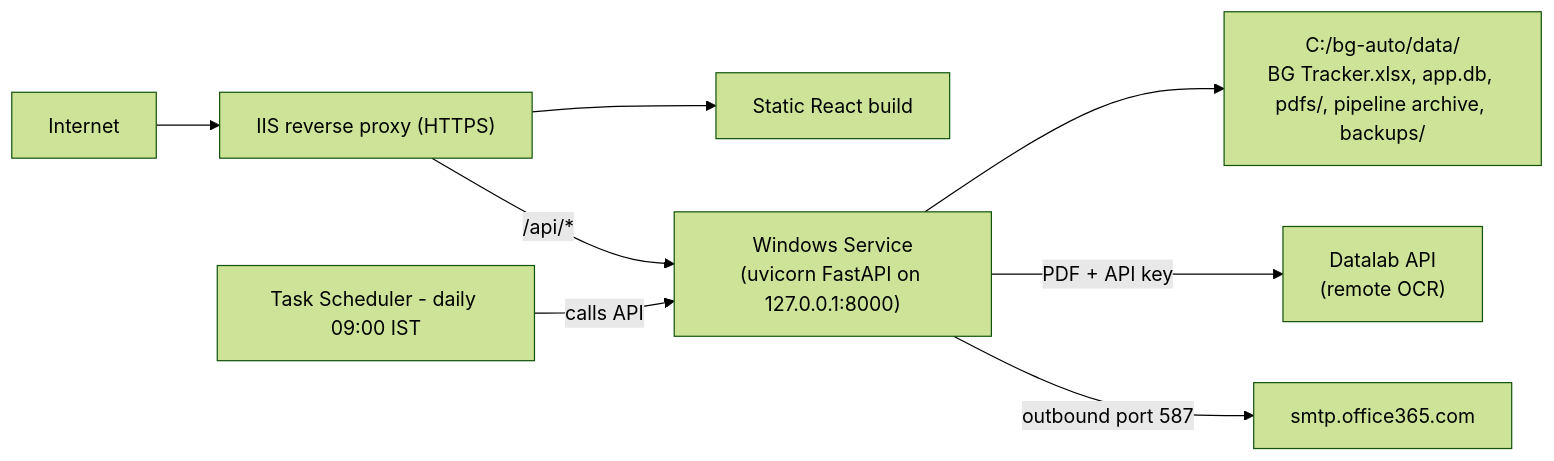
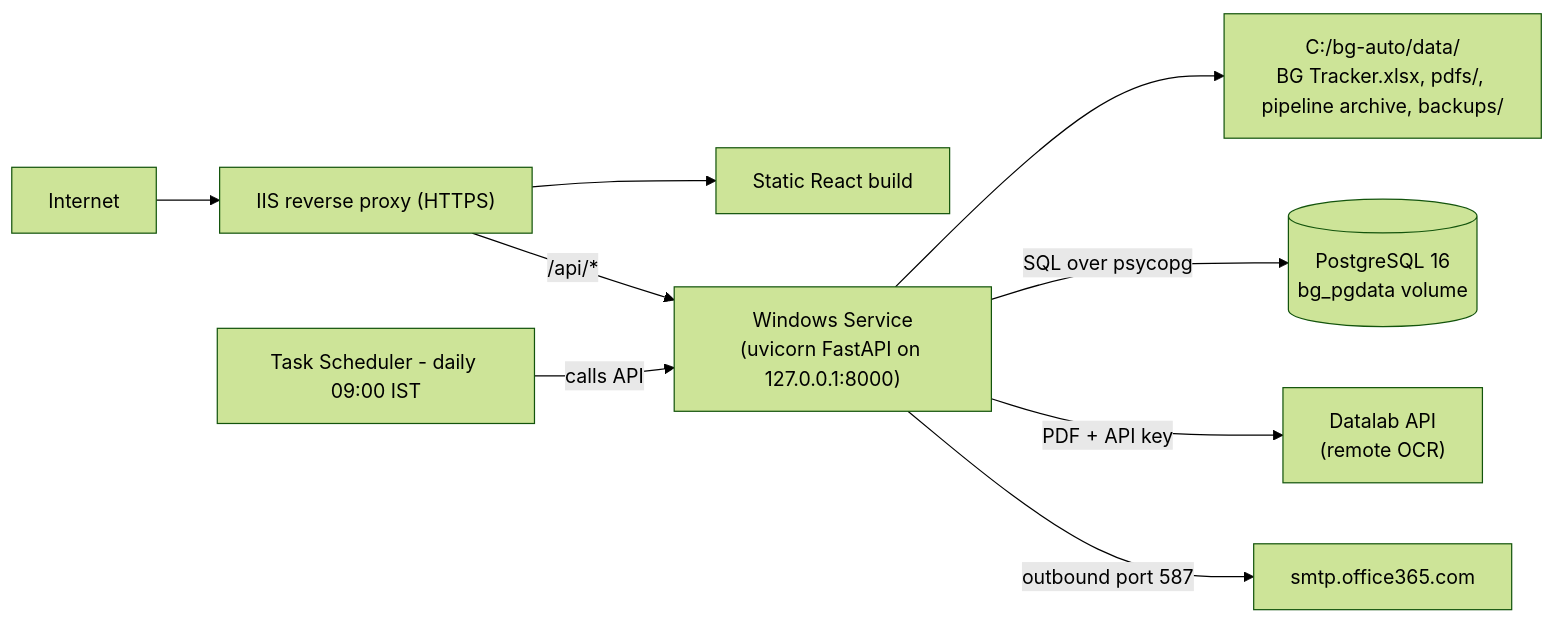
Before and after one commit to LaxmiKhilnani-nhit/Bank-Guarantee-Automation: the third of 3 diagrams in plan/01-architecture.md, drawn with Mermaid (forest theme). The commit also changed other lines of this file and 20 other files, not shown here.

First line of the commit message:
Finish the PostgreSQL cutover: retire SQLite from the repository

````diff
--- a/plan/01-architecture.md
+++ b/plan/01-architecture.md
@@ -91,10 +91,11 @@
 ```mermaid
 flowchart LR
   Internet --> IIS["IIS reverse proxy (HTTPS)"]
   IIS --> FE["Static React build"]
   IIS -->|"/api/*"| SVC["Windows Service\n(uvicorn FastAPI on 127.0.0.1:8000)"]
-  SVC --> DATA["C:/bg-auto/data/\nBG Tracker.xlsx, app.db, pdfs/, pipeline archive, backups/"]
+  SVC --> DATA["C:/bg-auto/data/\nBG Tracker.xlsx, pdfs/, pipeline archive, backups/"]
+  SVC -->|SQL over psycopg| PG[("PostgreSQL 16\nbg_pgdata volume")]
   SVC -->|PDF + API key| DIC["Datalab API\n(remote OCR)"]
   SVC -->|outbound port 587| O365["smtp.office365.com"]
   TS["Task Scheduler - daily 09:00 IST"] -->|calls API| SVC
 ```
````
